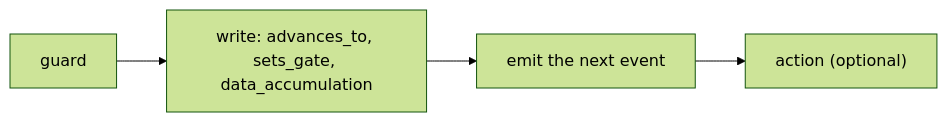
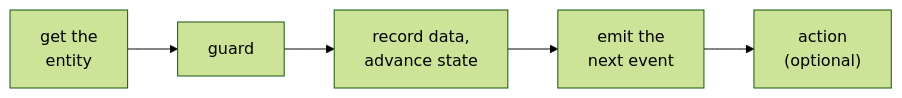
One commit to division-sh/docs changed the diagram in build/handlers.mdx. Above: the diagram before and after it, drawn with Mermaid (forest theme). The commit also changed other lines of this file, not shown here.

````diff
--- a/build/handlers.mdx
+++ b/build/handlers.mdx
@@ -13,6 +11,4 @@
 ```mermaid
 flowchart LR
-    G[guard] --> W["write: advances_to, sets_gate, data_accumulation"]
-    W --> E[emit the next event]
-    E --> A["action (optional)"]
+    AQ["get the<br/>entity"] --> G[guard] --> W["record data,<br/>advance state"] --> E["emit the<br/>next event"] --> A["action<br/>(optional)"]
 ```
````
